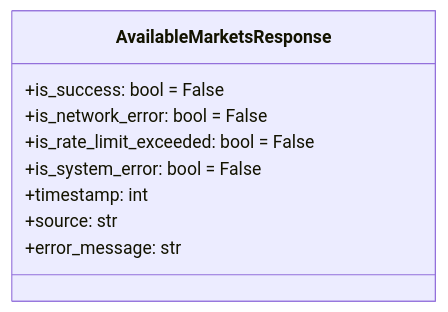
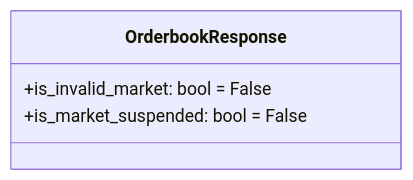
Diagram 12 of 16 in packages/financial-assets/financial_assets/response/Architecture.md (gatesplan/python-toolbox), drawn with Mermaid before and after one commit. The commit also changed other lines of this file, not shown here.

First line of the commit message:
docs(financial-assets): Response 아키텍처 BaseResponse 상속 구조로 리팩토링

````diff
--- a/packages/financial-assets/financial_assets/response/Architecture.md
+++ b/packages/financial-assets/financial_assets/response/Architecture.md
@@ -503,12 +309,7 @@
 ```mermaid
 classDiagram
-    class AvailableMarketsResponse {
-        +is_success: bool = False
-        +is_network_error: bool = False
-        +is_rate_limit_exceeded: bool = False
-        +is_system_error: bool = False
-        +timestamp: int
-        +source: str
-        +error_message: str
+    class OrderbookResponse {
+        +is_invalid_market: bool = False
+        +is_market_suspended: bool = False
     }
 ```
````
